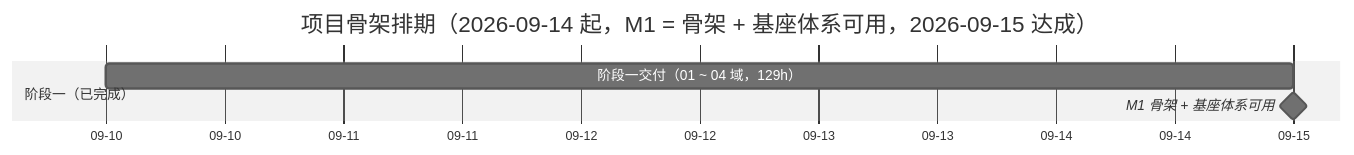
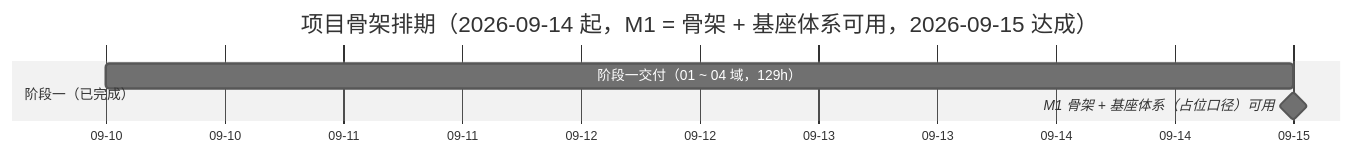
Before and after one commit to minjian123/basic-management-system: the diagram in bms文档/项目/01_项目骨架/计划/01_计划_项目骨架.md, drawn with Mermaid (neutral theme). The commit also changed other lines of this file and 43 other files, not shown here.

````diff
--- a/bms文档/项目/01_项目骨架/计划/01_计划_项目骨架.md
+++ b/bms文档/项目/01_项目骨架/计划/01_计划_项目骨架.md
@@ -116,9 +118,9 @@
 ```mermaid
 gantt
     title 项目骨架排期（2026-09-14 起，M1 = 骨架 + 基座体系可用，2026-09-15 达成）
     dateFormat  YYYY-MM-DD
     axisFormat %m-%d
     section 阶段一（已完成）
     阶段一交付（01 ~ 04 域，129h） :done1, 2026-09-10, 2026-09-15
-    M1 骨架 + 基座体系可用 :milestone, m1, 2026-09-15, 0d
+    M1 骨架 + 基座体系（占位口径）可用 :milestone, m1, 2026-09-15, 0d
 ```
````
